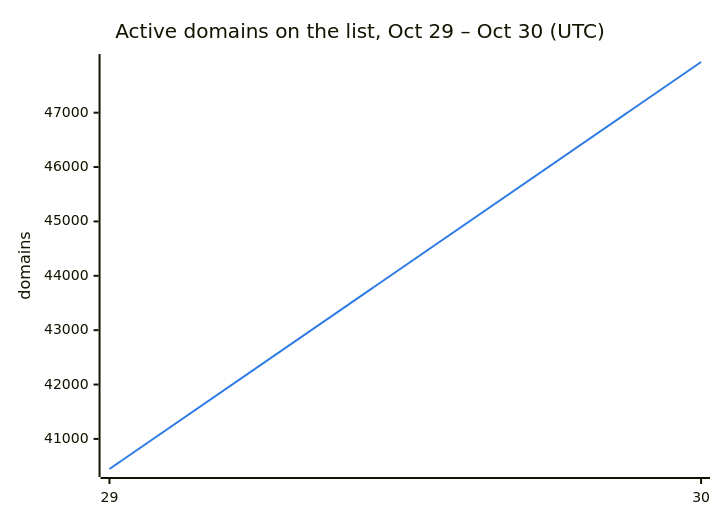
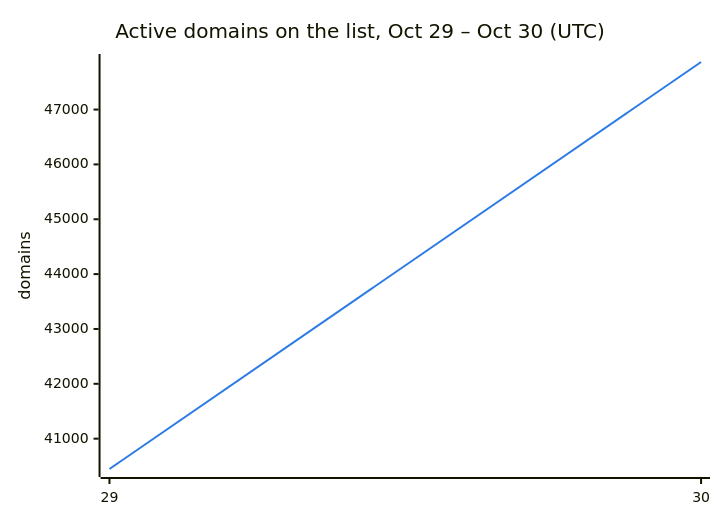
One commit to DNSBunker/CTI changed the second of 3 diagrams in README.md. Above: the diagram before and after it, drawn with Mermaid. The commit also changed other lines of this file and 3 other files, not shown here.

````diff
--- a/README.md
+++ b/README.md
@@ -38,8 +38,8 @@
 ```mermaid
 %%{init: {"themeVariables": {"xyChart": {"plotColorPalette": "#2c7be5"}}}}%%
 xychart-beta
     title "Active domains on the list, Oct 29 – Oct 30 (UTC)"
     x-axis ["29", "30"]
     y-axis "domains"
-    line [40447, 47932]
+    line [40447, 47867]
 ```
````
